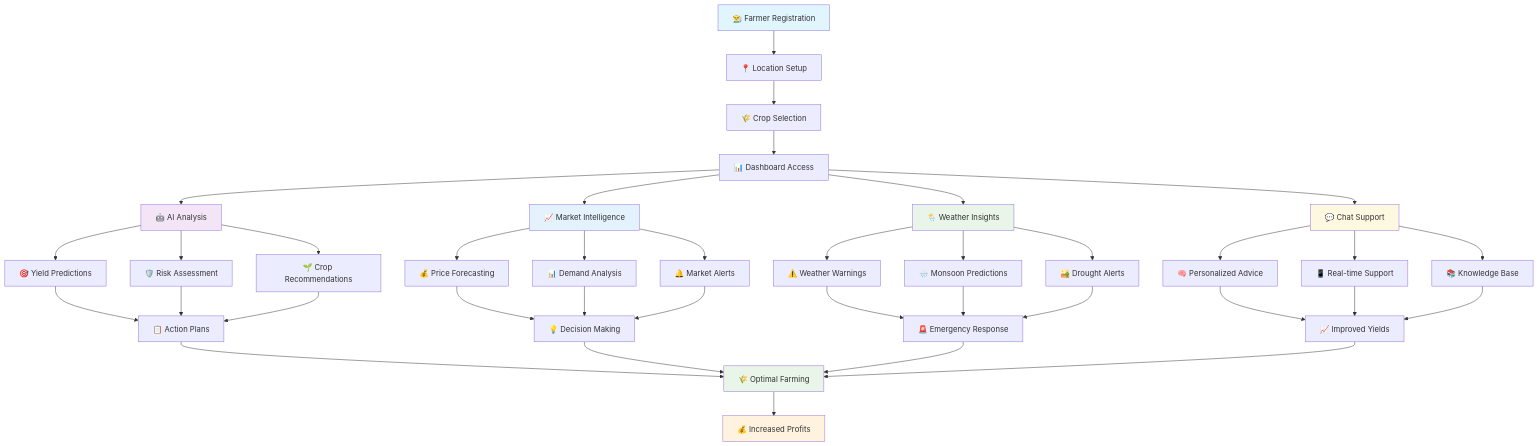
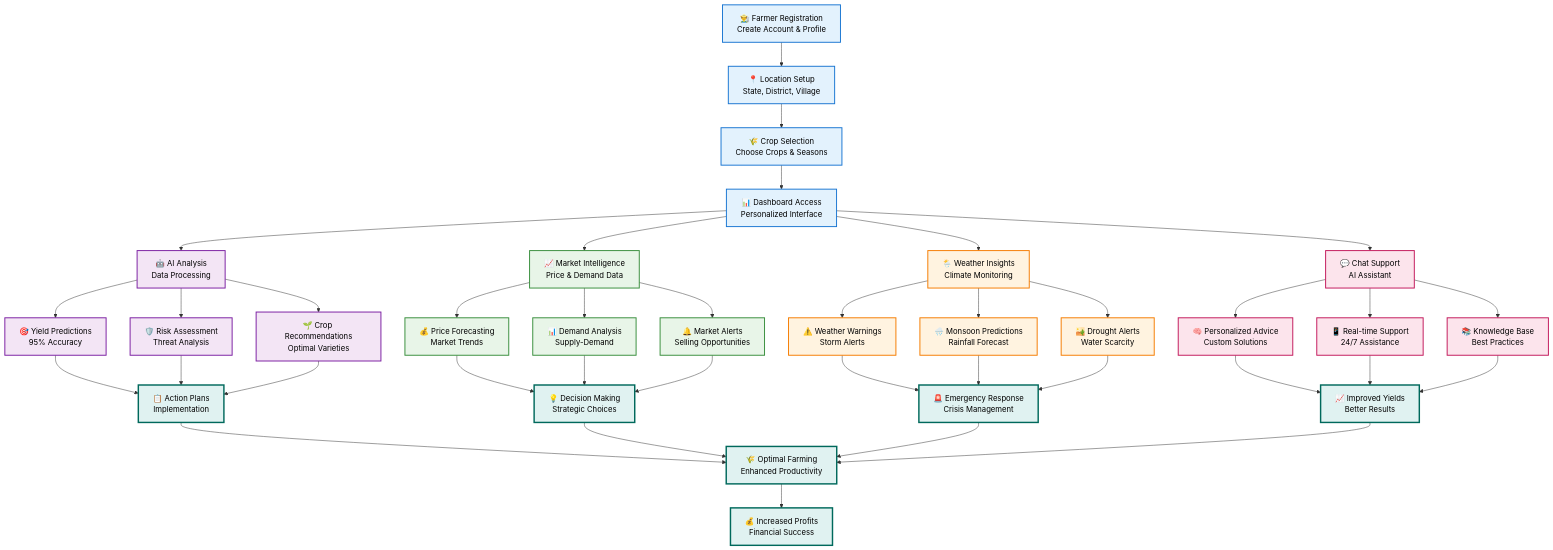
Before and after one commit to KGFCH2/CropAI_India: the first of 7 diagrams in README.md, drawn with Mermaid. The commit also changed other lines of this file and 1 other file, not shown here.

First line of the commit message:
Enhance workflow diagrams with improved visibility & comprehensive system architecture

````diff
--- a/README.md
+++ b/README.md
@@ -252,55 +254,62 @@
 ```mermaid
-graph TD
-    A[👨‍🌾 Farmer Registration] --> B[📍 Location Setup]
-    B --> C[🌾 Crop Selection]
-    C --> D[📊 Dashboard Access]
+flowchart TD
+    A["👨‍🌾 Farmer Registration<br/>Create Account & Profile"] --> B["📍 Location Setup<br/>State, District, Village"]
+    B --> C["🌾 Crop Selection<br/>Choose Crops & Seasons"]
+    C --> D["📊 Dashboard Access<br/>Personalized Interface"]
     
-    D --> E[🤖 AI Analysis]
-    D --> F[📈 Market Intelligence]
-    D --> G[🌦️ Weather Insights]
-    D --> H[💬 Chat Support]
+    D --> E["🤖 AI Analysis<br/>Data Processing"]
+    D --> F["📈 Market Intelligence<br/>Price & Demand Data"]
+    D --> G["🌦️ Weather Insights<br/>Climate Monitoring"]
+    D --> H["💬 Chat Support<br/>AI Assistant"]
     
-    E --> I[🎯 Yield Predictions]
-    E --> J[🛡️ Risk Assessment]
-    E --> K[🌱 Crop Recommendations]
+    E --> I["🎯 Yield Predictions<br/>95% Accuracy"]
+    E --> J["🛡️ Risk Assessment<br/>Threat Analysis"]
+    E --> K["🌱 Crop Recommendations<br/>Optimal Varieties"]
     
-    F --> L[💰 Price Forecasting]
-    F --> M[📊 Demand Analysis]
-    F --> N[🔔 Market Alerts]
+    F --> L["💰 Price Forecasting<br/>Market Trends"]
+    F --> M["📊 Demand Analysis<br/>Supply-Demand"]
+    F --> N["🔔 Market Alerts<br/>Selling Opportunities"]
     
-    G --> O[⚠️ Weather Warnings]
-    G --> P[🌧️ Monsoon Predictions]
-    G --> Q[🏜️ Drought Alerts]
+    G --> O["⚠️ Weather Warnings<br/>Storm Alerts"]
+    G --> P["🌧️ Monsoon Predictions<br/>Rainfall Forecast"]
+    G --> Q["🏜️ Drought Alerts<br/>Water Scarcity"]
     
-    H --> R[🧠 Personalized Advice]
-    H --> S[📱 Real-time Support]
-    H --> T[📚 Knowledge Base]
+    H --> R["🧠 Personalized Advice<br/>Custom Solutions"]
+    H --> S["📱 Real-time Support<br/>24/7 Assistance"]
+    H --> T["📚 Knowledge Base<br/>Best Practices"]
     
-    I --> U[📋 Action Plans]
+    I --> U["📋 Action Plans<br/>Implementation"]
     J --> U
     K --> U
-    L --> V[💡 Decision Making]
+    L --> V["💡 Decision Making<br/>Strategic Choices"]
     M --> V
     N --> V
-    O --> W[🚨 Emergency Response]
+    O --> W["🚨 Emergency Response<br/>Crisis Management"]
     P --> W
     Q --> W
-    R --> X[📈 Improved Yields]
+    R --> X["📈 Improved Yields<br/>Better Results"]
     S --> X
     T --> X
     
-    U --> Y[🌾 Optimal Farming]
+    U --> Y["🌾 Optimal Farming<br/>Enhanced Productivity"]
     V --> Y
     W --> Y
     X --> Y
     
-    Y --> Z[💰 Increased Profits]
+    Y --> Z["💰 Increased Profits<br/>Financial Success"]
     
-    style A fill:#e1f5fe
-    style Y fill:#e8f5e8
-    style Z fill:#fff3e0
-    style E fill:#f3e5f5
-    style F fill:#e3f2fd
-    style G fill:#e8f5e8
-    style H fill:#fff8e1
+    %% Styling for better visibility
+    classDef userInput fill:#e3f2fd,stroke:#1976d2,stroke-width:2px,color:#000
+    classDef aiProcess fill:#f3e5f5,stroke:#7b1fa2,stroke-width:2px,color:#000
+    classDef marketData fill:#e8f5e8,stroke:#388e3c,stroke-width:2px,color:#000
+    classDef weatherData fill:#fff3e0,stroke:#f57c00,stroke-width:2px,color:#000
+    classDef support fill:#fce4ec,stroke:#c2185b,stroke-width:2px,color:#000
+    classDef outcome fill:#e0f2f1,stroke:#00695c,stroke-width:3px,color:#000
+    
+    class A,B,C,D userInput
+    class E,I,J,K aiProcess
+    class F,L,M,N marketData
+    class G,O,P,Q weatherData
+    class H,R,S,T support
+    class U,V,W,X,Y,Z outcome
 ```
````
